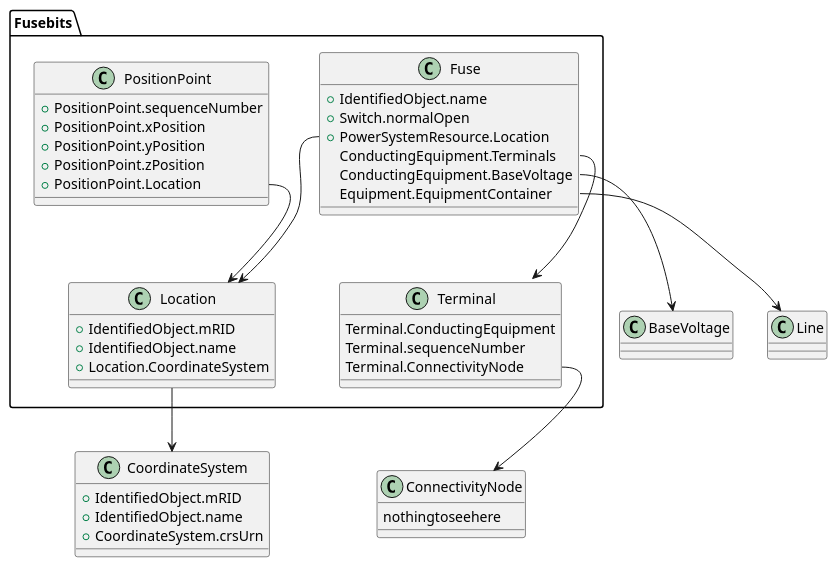
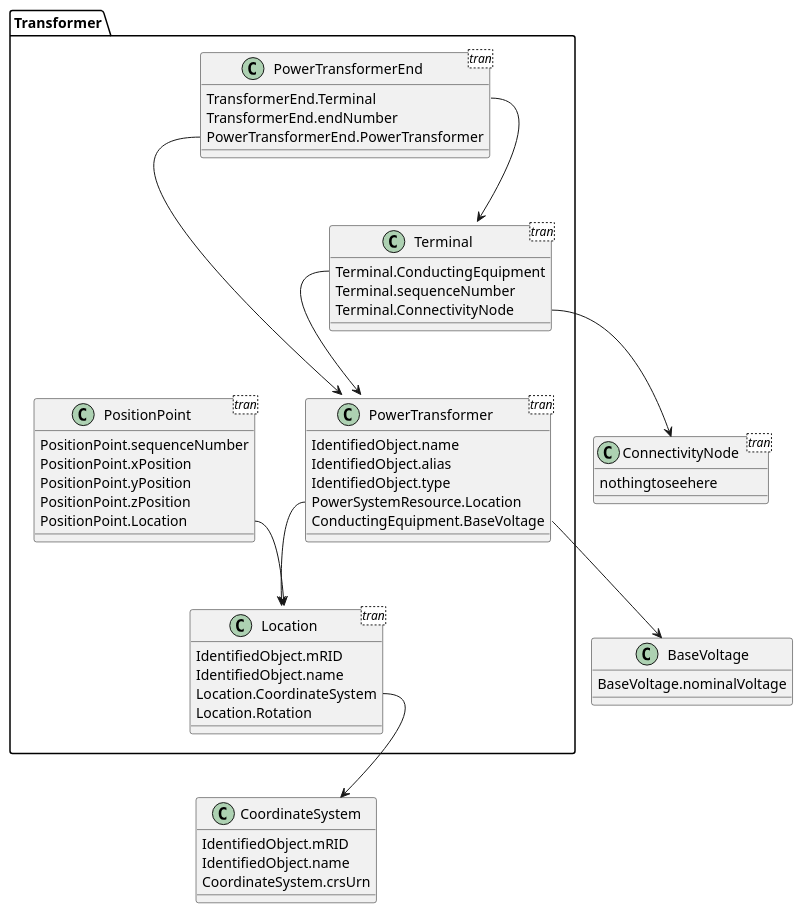
Before and after one commit to sossie07/cim-uml: the diagram in cim-powertransformer.puml, drawn with PlantUML.

Commit message:
This commit was initiated from PlantText to edit the file cim-powertransformer.puml only.

```diff
--- a/cim-powertransformer.puml
+++ b/cim-powertransformer.puml
@@ -1,54 +1,72 @@
 @startuml
-Package Fusebits {
 
-class Fuse {
-+IdentifiedObject.name
-+Switch.normalOpen
-+PowerSystemResource.Location
-ConductingEquipment.Terminals
-ConductingEquipment.BaseVoltage
-Equipment.EquipmentContainer
+Package Transformer {
+class PowerTransformer <tran>{
+   IdentifiedObject.name
+   IdentifiedObject.alias
+   IdentifiedObject.type
+   PowerSystemResource.Location
+   ConductingEquipment.BaseVoltage
 }
 
-class Location {
-  +IdentifiedObject.mRID
-  +IdentifiedObject.name
-  +Location.CoordinateSystem
+class Location <tran>{
+  IdentifiedObject.mRID
+  IdentifiedObject.name
+  Location.CoordinateSystem
+  Location.Rotation
  }
 
-Class PositionPoint{
-  +PositionPoint.sequenceNumber
-  +PositionPoint.xPosition
-  +PositionPoint.yPosition
-  +PositionPoint.zPosition
-  +PositionPoint.Location
+Class PositionPoint <tran>{
+  PositionPoint.sequenceNumber
+  PositionPoint.xPosition
+  PositionPoint.yPosition
+  PositionPoint.zPosition
+  PositionPoint.Location
 
 }
 
-
-
-Class Terminal{
+Class Terminal <tran>{
 Terminal.ConductingEquipment
 Terminal.sequenceNumber
 Terminal.ConnectivityNode
 }
 
-}
-Class CoordinateSystem{
-  +IdentifiedObject.mRID
-  +IdentifiedObject.name
-  +CoordinateSystem.crsUrn
+Class PowerTransformerEnd <tran>{
+TransformerEnd.Terminal
+TransformerEnd.endNumber
+PowerTransformerEnd.PowerTransformer
 }
 
-Class ConnectivityNode{
+
+
+}
+
+Class ConnectivityNode <tran>{
 nothingtoseehere
 }
 
-Fuse::PowerSystemResource.Location --> Location
+Class CoordinateSystem{
+  IdentifiedObject.mRID
+  IdentifiedObject.name
+  CoordinateSystem.crsUrn
+}
+
+Class BaseVoltage{
+BaseVoltage.nominalVoltage
+}
+
+
+
+
+
+
+
+PowerTransformer::PowerSystemResource.Location  --> Location
 PositionPoint::Location --> Location
-Location --> CoordinateSystem
-Fuse::ConductingEquipment.BaseVoltage --> BaseVoltage
+Location::CoordinateSystem --> CoordinateSystem
+PowerTransformer::ConductingEquipment.BaseVoltage --> BaseVoltage
+Terminal::ConductingEquipment-->PowerTransformer
+PowerTransformerEnd::PowerTransformer-->PowerTransformer
+PowerTransformerEnd::TransformerEnd-->Terminal
 Terminal::ConnectivityNode-->ConnectivityNode
-Fuse::ConductingEquipment.Terminals-->Terminal
-Fuse::Equipment.EquipmentContainer-->Line
 @enduml
```
